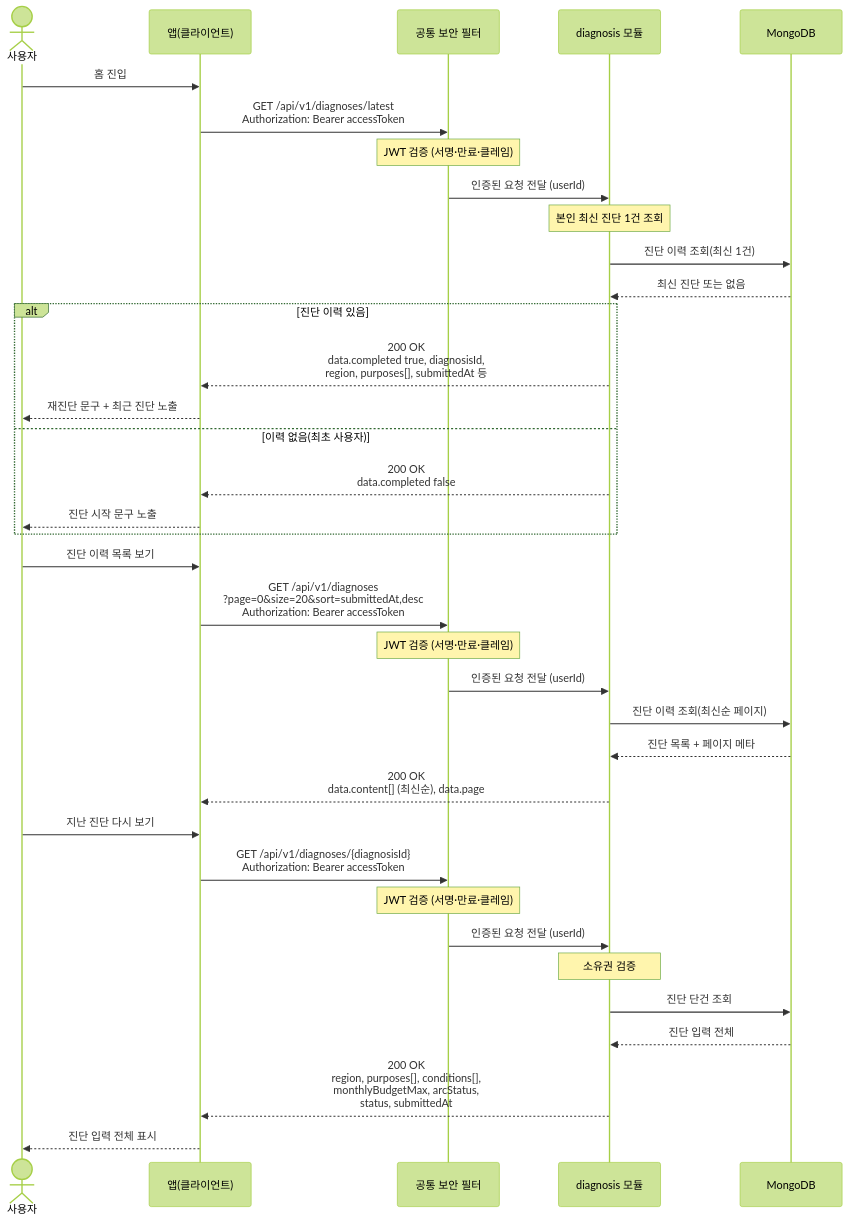
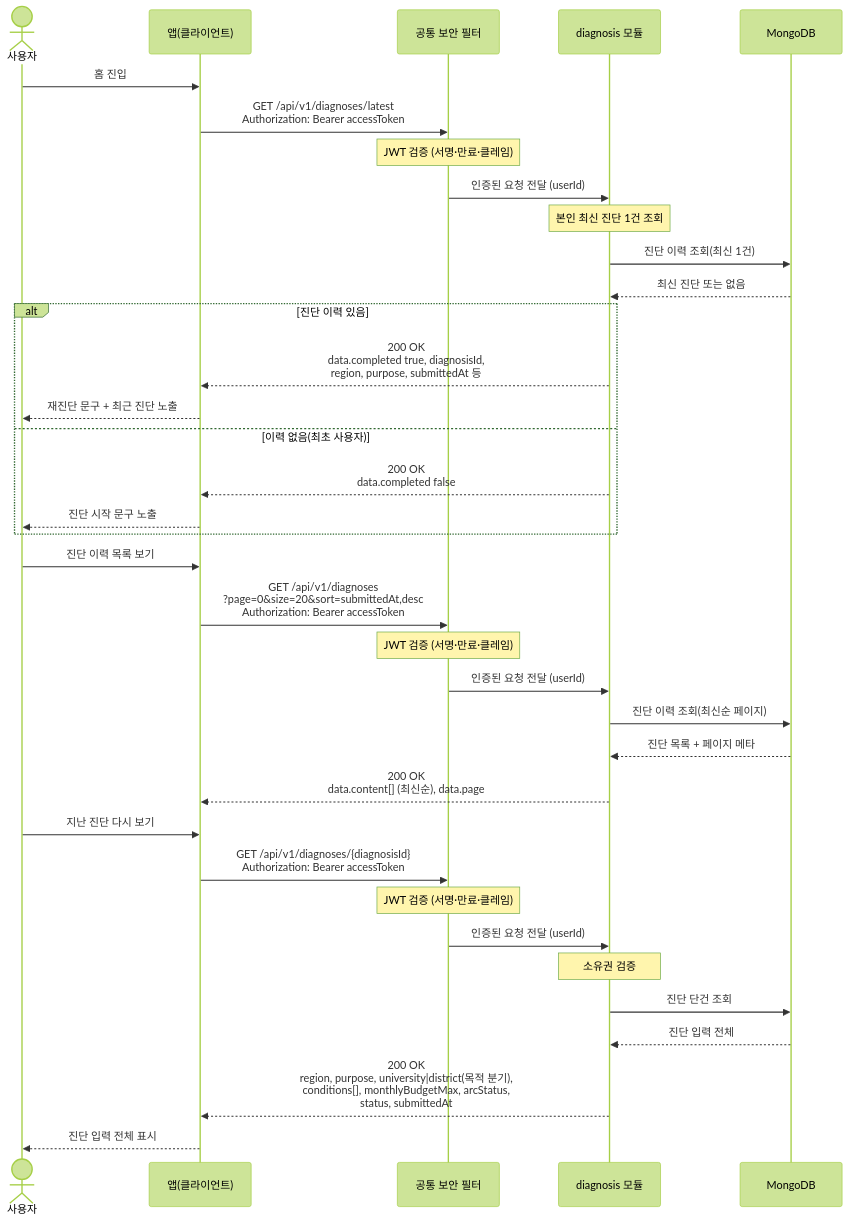
The diagram in docs/architecture/sequence-diagrams/02-diagnosis-recommendation/us-2-3-diagnosis-history.md (jameskim9509/Kohere-backend), drawn with Mermaid (forest theme) before and after one commit. The commit also changed other lines of this file and 20 other files, not shown here.

````diff
--- a/docs/architecture/sequence-diagrams/02-diagnosis-recommendation/us-2-3-diagnosis-history.md
+++ b/docs/architecture/sequence-diagrams/02-diagnosis-recommendation/us-2-3-diagnosis-history.md
@@ -5,41 +5,41 @@
 ```mermaid
 sequenceDiagram
     actor U as 사용자
     participant C as 앱(클라이언트)
     participant SEC as 공통 보안 필터
     participant DIAG as diagnosis 모듈
     participant DB as MongoDB
 
     U->>C: 홈 진입
     C->>SEC: GET /api/v1/diagnoses/latest<br/>Authorization: Bearer accessToken
     Note over SEC: JWT 검증 (서명·만료·클레임)
     SEC->>DIAG: 인증된 요청 전달 (userId)
     Note over DIAG: 본인 최신 진단 1건 조회
     DIAG->>DB: 진단 이력 조회(최신 1건)
     DB-->>DIAG: 최신 진단 또는 없음
     alt 진단 이력 있음
-        DIAG-->>C: 200 OK<br/>data.completed true, diagnosisId,<br/>region, purposes[], submittedAt 등
+        DIAG-->>C: 200 OK<br/>data.completed true, diagnosisId,<br/>region, purpose, submittedAt 등
         C-->>U: 재진단 문구 + 최근 진단 노출
     else 이력 없음(최초 사용자)
         DIAG-->>C: 200 OK<br/>data.completed false
         C-->>U: 진단 시작 문구 노출
     end
 
     U->>C: 진단 이력 목록 보기
     C->>SEC: GET /api/v1/diagnoses<br/>?page=0&size=20&sort=submittedAt,desc<br/>Authorization: Bearer accessToken
     Note over SEC: JWT 검증 (서명·만료·클레임)
     SEC->>DIAG: 인증된 요청 전달 (userId)
     DIAG->>DB: 진단 이력 조회(최신순 페이지)
     DB-->>DIAG: 진단 목록 + 페이지 메타
     DIAG-->>C: 200 OK<br/>data.content[] (최신순), data.page
 
     U->>C: 지난 진단 다시 보기
     C->>SEC: GET /api/v1/diagnoses/{diagnosisId}<br/>Authorization: Bearer accessToken
     Note over SEC: JWT 검증 (서명·만료·클레임)
     SEC->>DIAG: 인증된 요청 전달 (userId)
     Note over DIAG: 소유권 검증
     DIAG->>DB: 진단 단건 조회
     DB-->>DIAG: 진단 입력 전체
-    DIAG-->>C: 200 OK<br/>region, purposes[], conditions[],<br/>monthlyBudgetMax, arcStatus,<br/>status, submittedAt
+    DIAG-->>C: 200 OK<br/>region, purpose, university|district(목적 분기),<br/>conditions[], monthlyBudgetMax, arcStatus,<br/>status, submittedAt
     C-->>U: 진단 입력 전체 표시
 ```
````
